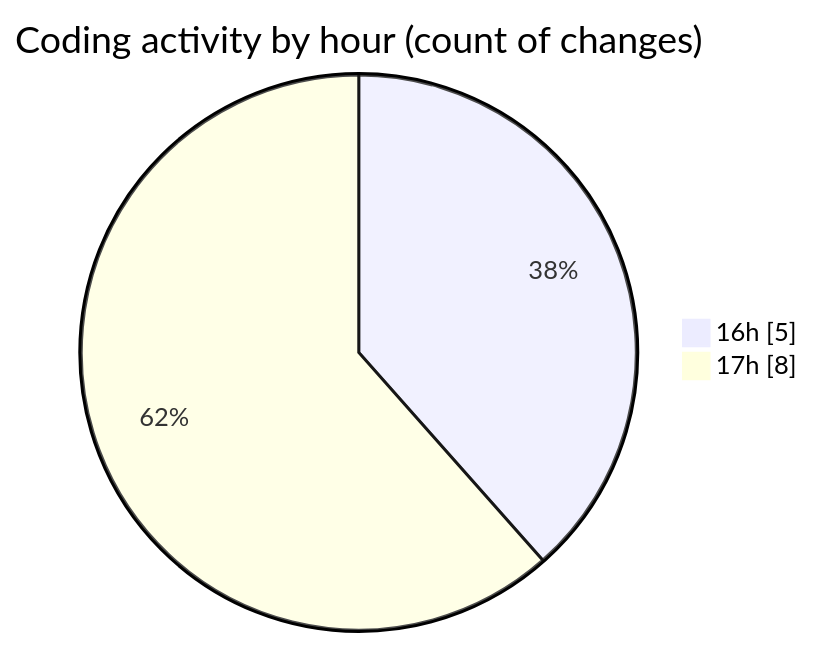
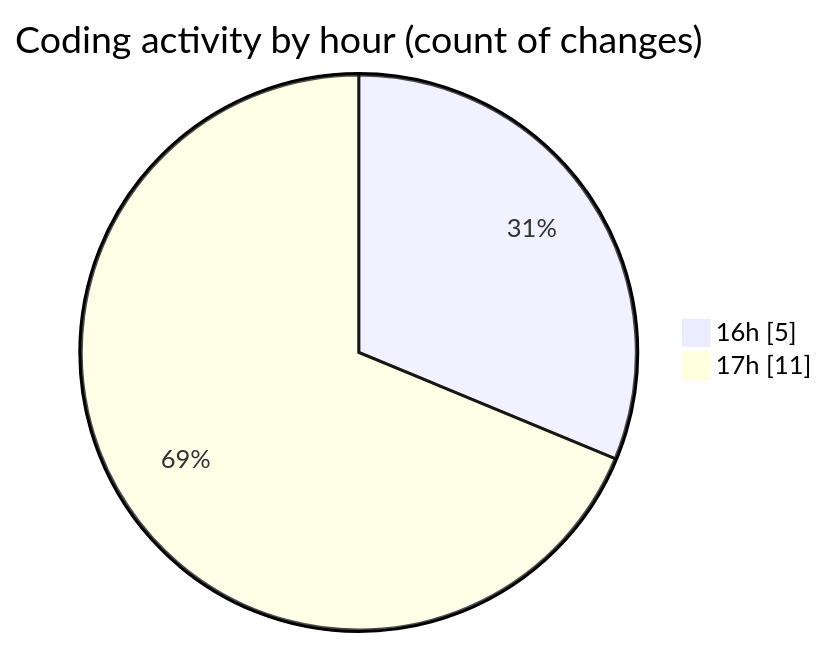
Before and after one commit to robertbonfada/code-tracking: the second of 2 diagrams in 2025-01-10/mbc-web/README.md, drawn with Mermaid. The commit also changed other lines of this file and 1 other file, not shown here.

````diff
--- a/2025-01-10/mbc-web/README.md
+++ b/2025-01-10/mbc-web/README.md
@@ -32,6 +32,6 @@
 ```mermaid
 pie showData
 title Coding activity by hour (count of changes)
 "16h" : 5
-"17h" : 8
+"17h" : 11
 ```
````
